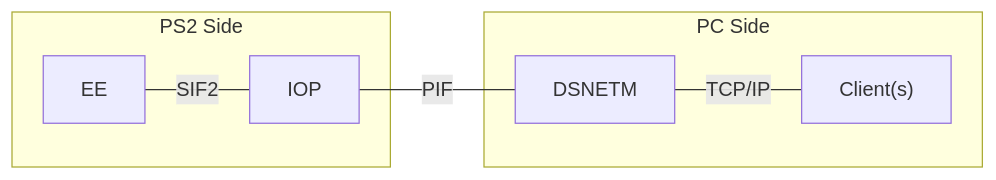
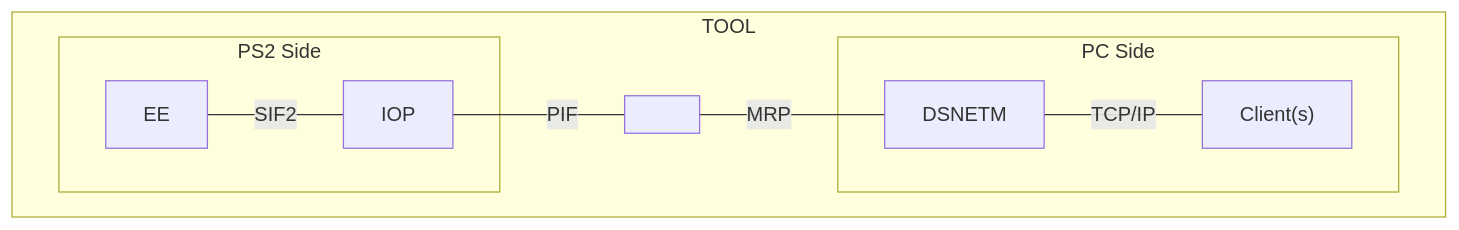
Before and after one commit to ps2dbg/RDB: the first of 2 diagrams in README.md, drawn with Mermaid. The commit also changed other lines of this file, not shown here.

````diff
--- a/README.md
+++ b/README.md
@@ -11,10 +16,13 @@
 ```mermaid
-flowchart LR;
+flowchart TB;
+subgraph TOOL["TOOL"]
     subgraph PC[PC Side]
         DSNETM[DSNETM] ---|TCP/IP|CLIENT["Client(s)"]
     end
 
     subgraph PS2[PS2 Side];
-        EE[EE] ---|SIF2| IOP[IOP] ---|PIF|DSNETM
+        EE[EE] ---|SIF2| IOP[IOP]
     end
+    IOP---|PIF|PIF[" "]---|MRP|DSNETM
+end
 ```
````
